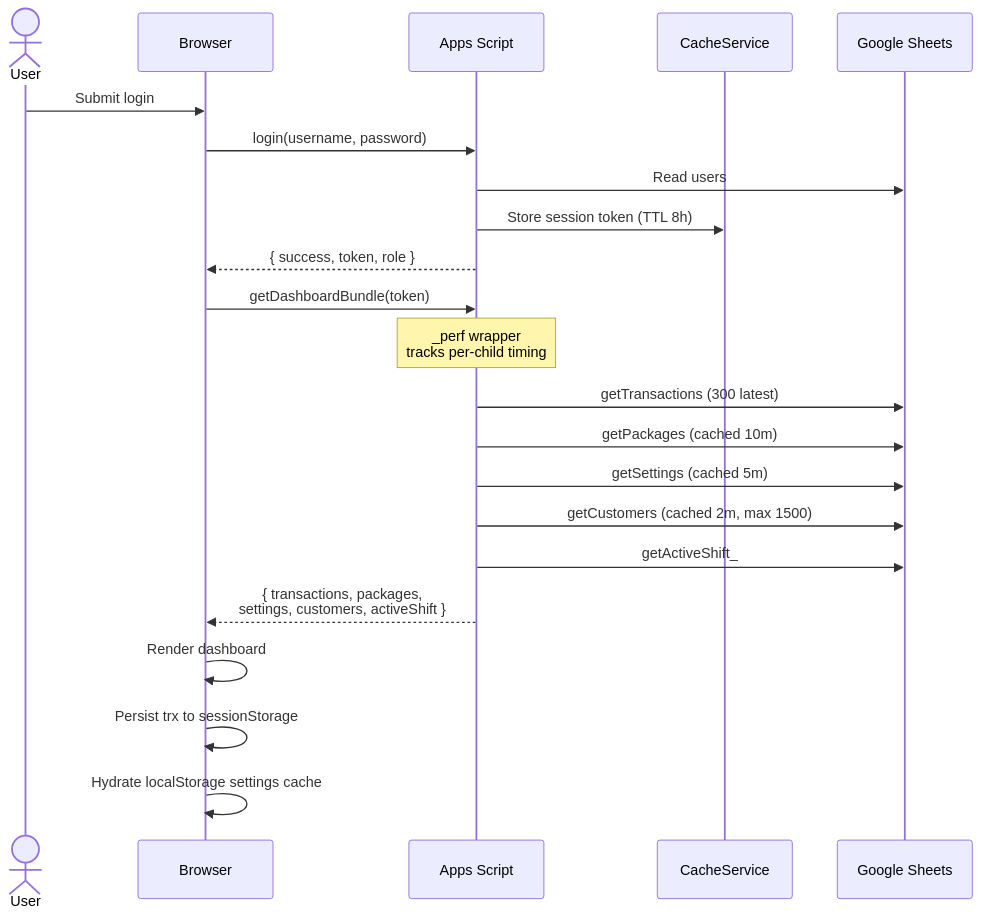
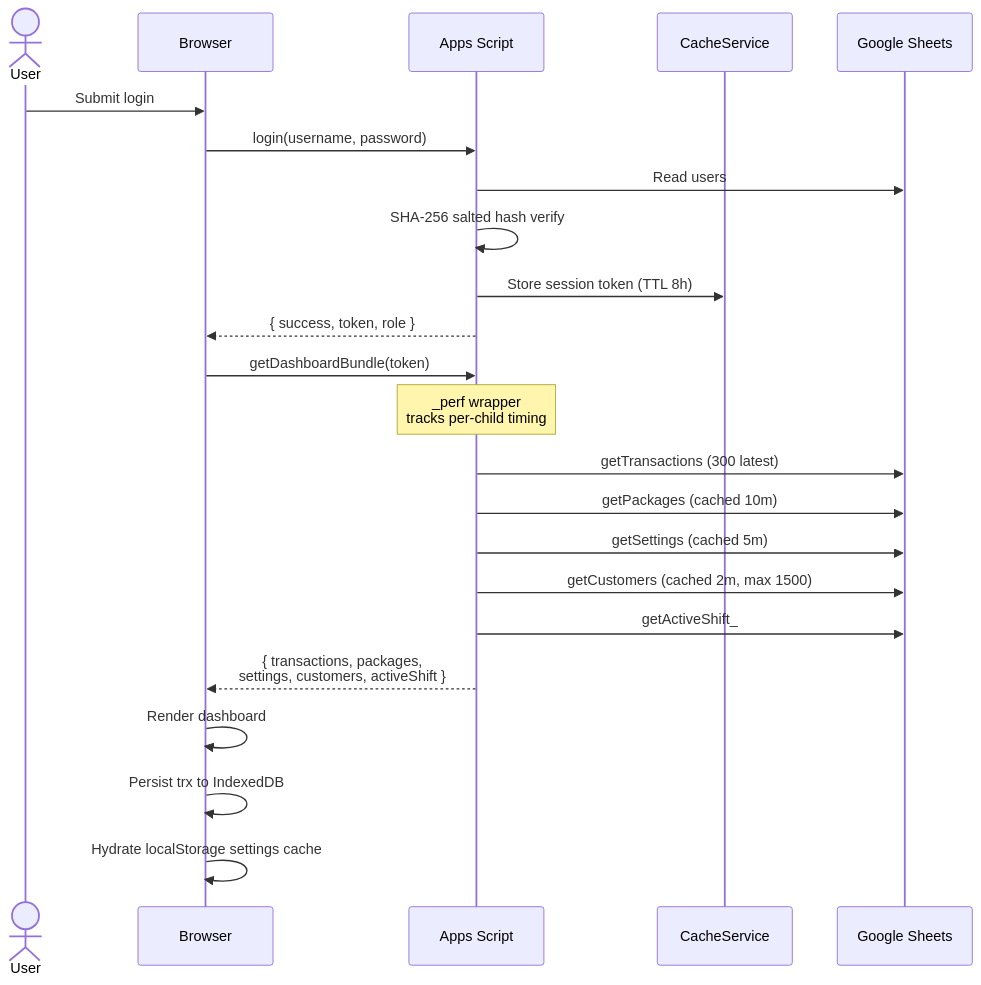
One commit to nndda-rzn/kucucikan-laundry-migrate changed the second of 5 diagrams in README.md. Above: the diagram before and after it, drawn with Mermaid. The commit also changed other lines of this file, not shown here.

````diff
--- a/README.md
+++ b/README.md
@@ -270,27 +440,28 @@
 ```mermaid
 sequenceDiagram
     actor User
     participant Browser
     participant GAS as Apps Script
     participant Cache as CacheService
     participant Sheet as Google Sheets
 
     User->>Browser: Submit login
     Browser->>GAS: login(username, password)
     GAS->>Sheet: Read users
+    GAS->>GAS: SHA-256 salted hash verify
     GAS->>Cache: Store session token (TTL 8h)
     GAS-->>Browser: { success, token, role }
 
     Browser->>GAS: getDashboardBundle(token)
     Note over GAS: _perf wrapper<br/>tracks per-child timing
     GAS->>Sheet: getTransactions (300 latest)
     GAS->>Sheet: getPackages (cached 10m)
     GAS->>Sheet: getSettings (cached 5m)
     GAS->>Sheet: getCustomers (cached 2m, max 1500)
     GAS->>Sheet: getActiveShift_
     GAS-->>Browser: { transactions, packages,<br/>settings, customers, activeShift }
 
     Browser->>Browser: Render dashboard
-    Browser->>Browser: Persist trx to sessionStorage
+    Browser->>Browser: Persist trx to IndexedDB
     Browser->>Browser: Hydrate localStorage settings cache
 ```
````
